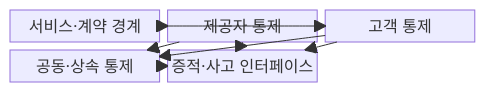
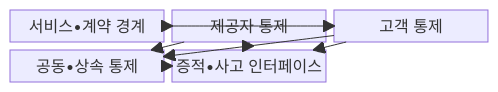
The first of 2 diagrams in src/content/docs/notes/05-security/071_shared_responsibility.md (agnusdei1207/knowledge-base), drawn with Mermaid before and after one commit. The commit also changed other lines of this file and 953 other files, not shown here.

````diff
--- a/src/content/docs/notes/05-security/071_shared_responsibility.md
+++ b/src/content/docs/notes/05-security/071_shared_responsibility.md
@@ -63,16 +63,16 @@
 ```mermaid
 block-beta
   columns 3
-  A["서비스·계약 경계"]
+  A["서비스•계약 경계"]
   B["제공자 통제"]
   C["고객 통제"]
-  D["공동·상속 통제"]
-  E["증적·사고 인터페이스"]
+  D["공동•상속 통제"]
+  E["증적•사고 인터페이스"]
   A --> B
   A --> C
   B --> D
   C --> D
   B --> E
   C --> E
   D --> E
 ```
````
